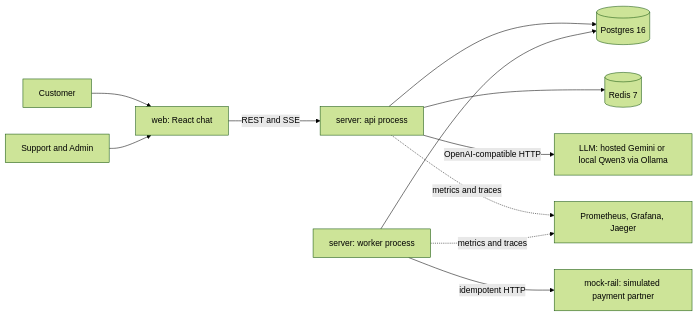
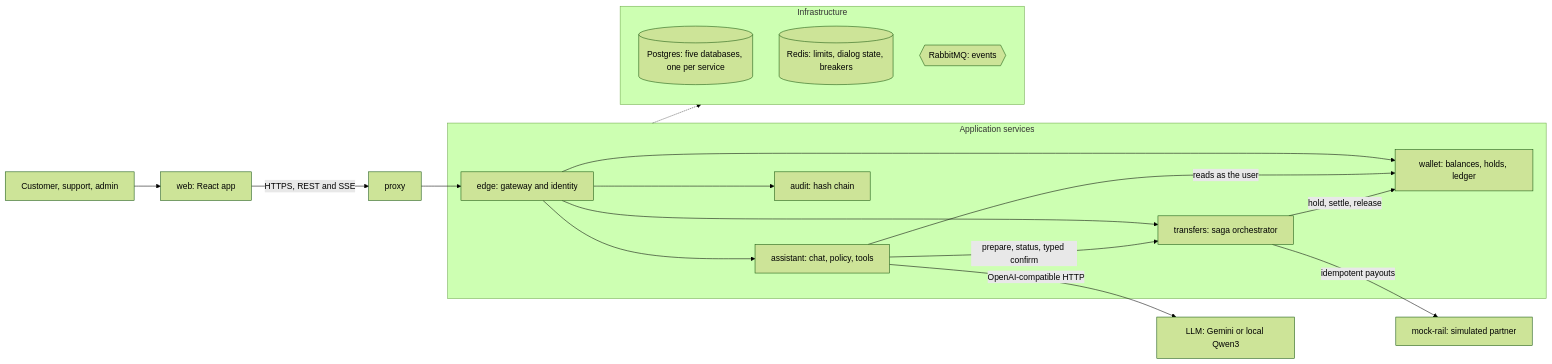
One commit to Bhavish77/sashayak changed the first of 4 diagrams in specs/ARCHITECTURE.md. Above: the diagram before and after it, drawn with Mermaid (forest theme). The commit also changed other lines of this file and 34 other files, not shown here.

First line of the commit message:
specs: revise to five services with an orchestrated saga (ADR-015 to ADR-019)

````diff
--- a/specs/ARCHITECTURE.md
+++ b/specs/ARCHITECTURE.md
@@ -16,13 +18,28 @@
 ```mermaid
 flowchart LR
-  U[Customer] --> W[web: React chat]
-  S[Support and Admin] --> W
-  W -->|REST and SSE| API[server: api process]
-  API --> PG[(Postgres 16)]
-  API --> R[(Redis 7)]
-  API -->|OpenAI-compatible HTTP| LLM[LLM: hosted Gemini or local Qwen3 via Ollama]
-  WK[server: worker process] --> PG
-  WK -->|idempotent HTTP| RAIL[mock-rail: simulated payment partner]
-  API -. metrics and traces .-> OBS[Prometheus, Grafana, Jaeger]
-  WK -. metrics and traces .-> OBS
+  U[Customer, support, admin] --> W[web: React app]
+  W -->|HTTPS, REST and SSE| P[proxy]
+  P --> E
+  subgraph SV[Application services]
+    E[edge: gateway and identity]
+    A[assistant: chat, policy, tools]
+    WA[wallet: balances, holds, ledger]
+    T[transfers: saga orchestrator]
+    AU[audit: hash chain]
+  end
+  E --> A
+  E --> WA
+  E --> T
+  E --> AU
+  A -->|reads as the user| WA
+  A -->|prepare, status, typed confirm| T
+  T -->|hold, settle, release| WA
+  T -->|idempotent payouts| R[mock-rail: simulated partner]
+  A -->|OpenAI-compatible HTTP| L[LLM: Gemini or local Qwen3]
+  subgraph INF[Infrastructure]
+    PG[(Postgres: five databases, one per service)]
+    RD[(Redis: limits, dialog state, breakers)]
+    MQ{{RabbitMQ: events}}
+  end
+  SV -.-> INF
 ```
````
